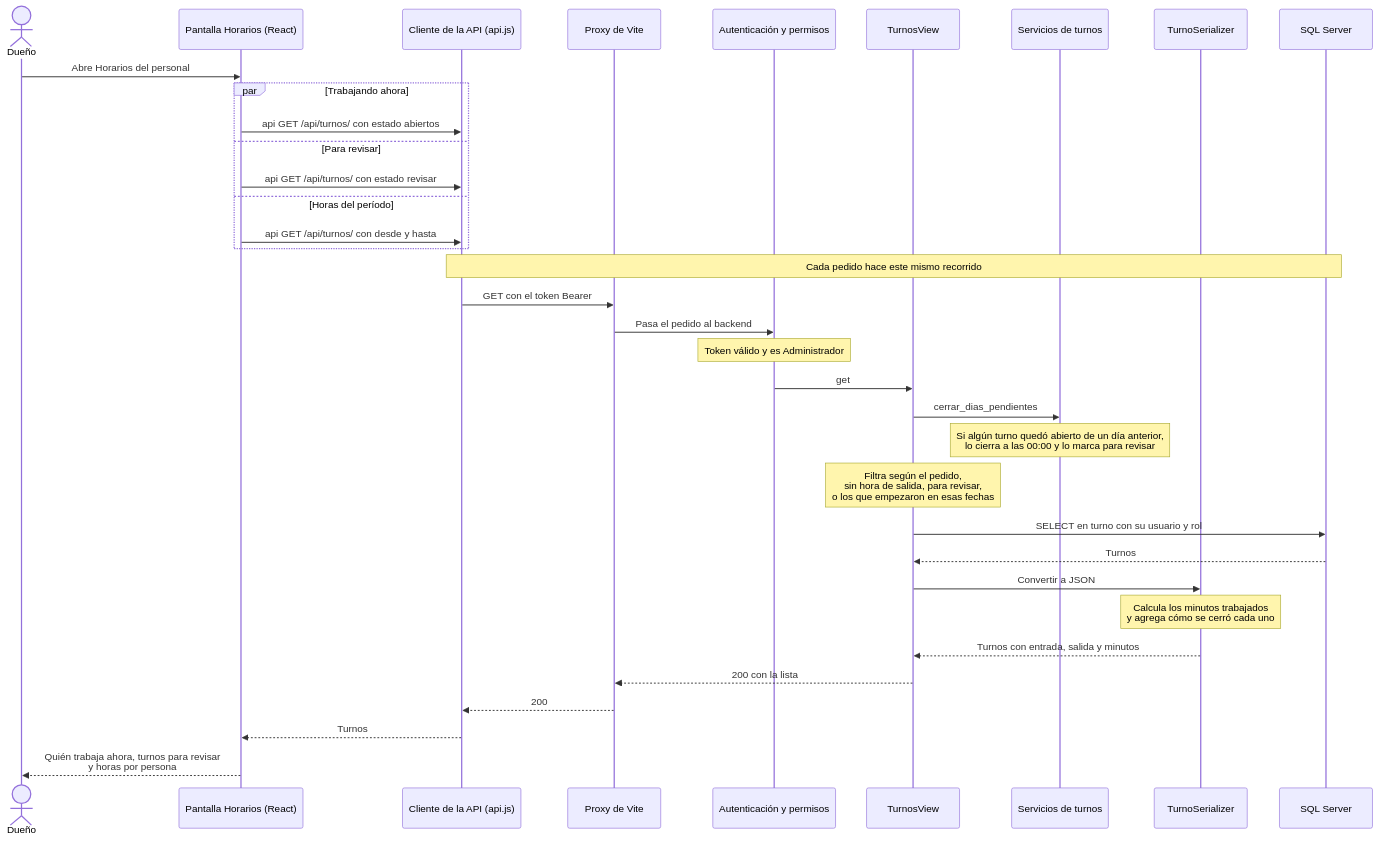
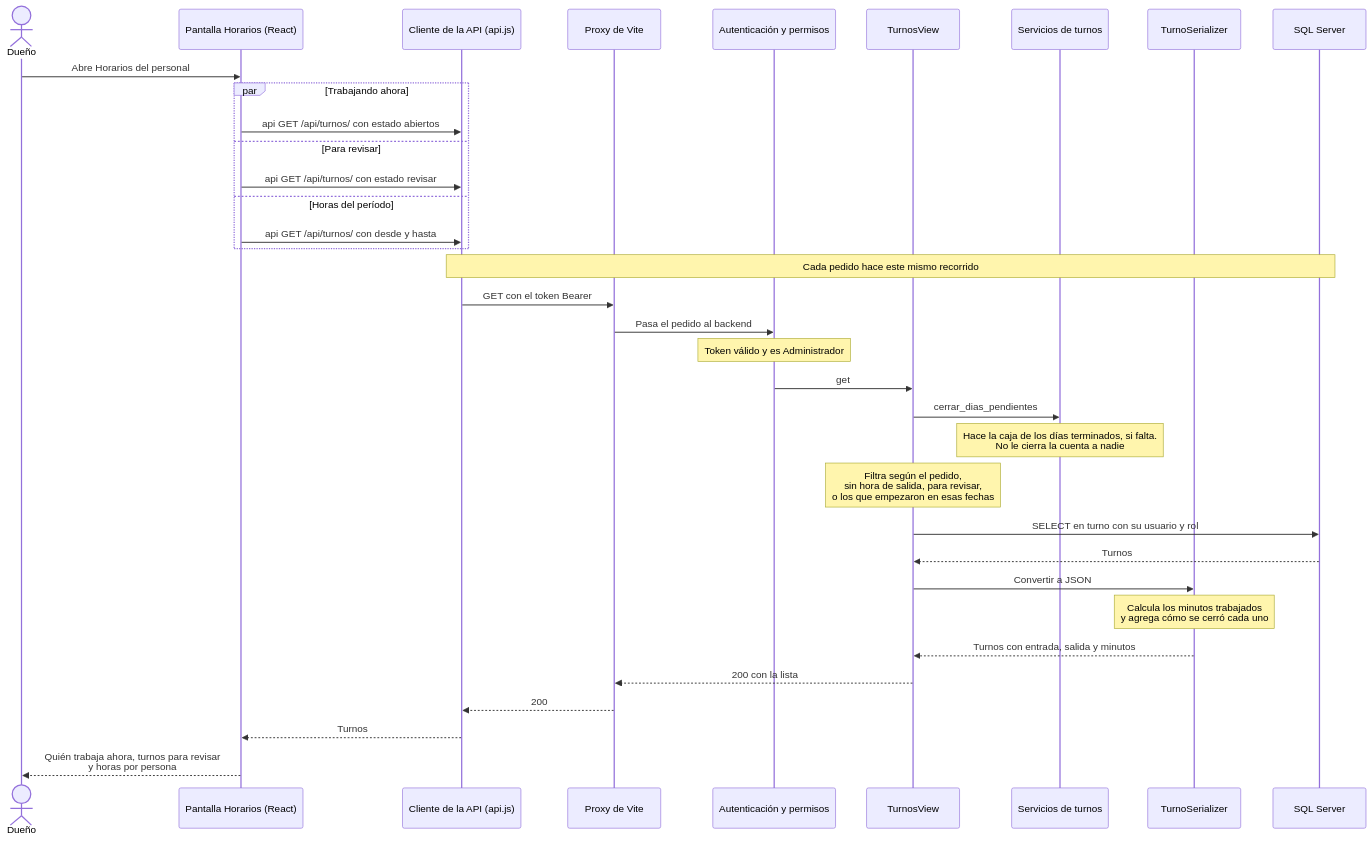
One commit to guadaluperren12345-art/sistema-de-mercado changed the first of 4 diagrams in docs/diagrama-secuencia-horarios.md. Above: the diagram before and after it, drawn with Mermaid. The commit also changed other lines of this file and 50 other files, not shown here.

First line of the commit message:
Cierre automatico a las 00:45 y avisos a los duenos con la caja del dia

````diff
--- a/docs/diagrama-secuencia-horarios.md
+++ b/docs/diagrama-secuencia-horarios.md
@@ -33,40 +33,40 @@
 ```mermaid
 sequenceDiagram
     actor Dueno as Dueño
     participant Pantalla as Pantalla Horarios (React)
     participant Cliente as Cliente de la API (api.js)
     participant Proxy as Proxy de Vite
     participant Permisos as Autenticación y permisos
     participant Vista as TurnosView
     participant Servicios as Servicios de turnos
     participant Ser as TurnoSerializer
     participant BD as SQL Server
 
     Dueno->>Pantalla: Abre Horarios del personal
 
     par Trabajando ahora
         Pantalla->>Cliente: api GET /api/turnos/ con estado abiertos
     and Para revisar
         Pantalla->>Cliente: api GET /api/turnos/ con estado revisar
     and Horas del período
         Pantalla->>Cliente: api GET /api/turnos/ con desde y hasta
     end
 
     Note over Cliente,BD: Cada pedido hace este mismo recorrido
     Cliente->>Proxy: GET con el token Bearer
     Proxy->>Permisos: Pasa el pedido al backend
     Note over Permisos: Token válido y es Administrador
     Permisos->>Vista: get
     Vista->>Servicios: cerrar_dias_pendientes
-    Note over Servicios: Si algún turno quedó abierto de un día anterior,<br/>lo cierra a las 00:00 y lo marca para revisar
+    Note over Servicios: Hace la caja de los días terminados, si falta.<br/>No le cierra la cuenta a nadie
     Note over Vista: Filtra según el pedido,<br/>sin hora de salida, para revisar,<br/>o los que empezaron en esas fechas
     Vista->>BD: SELECT en turno con su usuario y rol
     BD-->>Vista: Turnos
     Vista->>Ser: Convertir a JSON
     Note over Ser: Calcula los minutos trabajados<br/>y agrega cómo se cerró cada uno
     Ser-->>Vista: Turnos con entrada, salida y minutos
     Vista-->>Proxy: 200 con la lista
     Proxy-->>Cliente: 200
     Cliente-->>Pantalla: Turnos
     Pantalla-->>Dueno: Quién trabaja ahora, turnos para revisar<br/>y horas por persona
 ```
````
